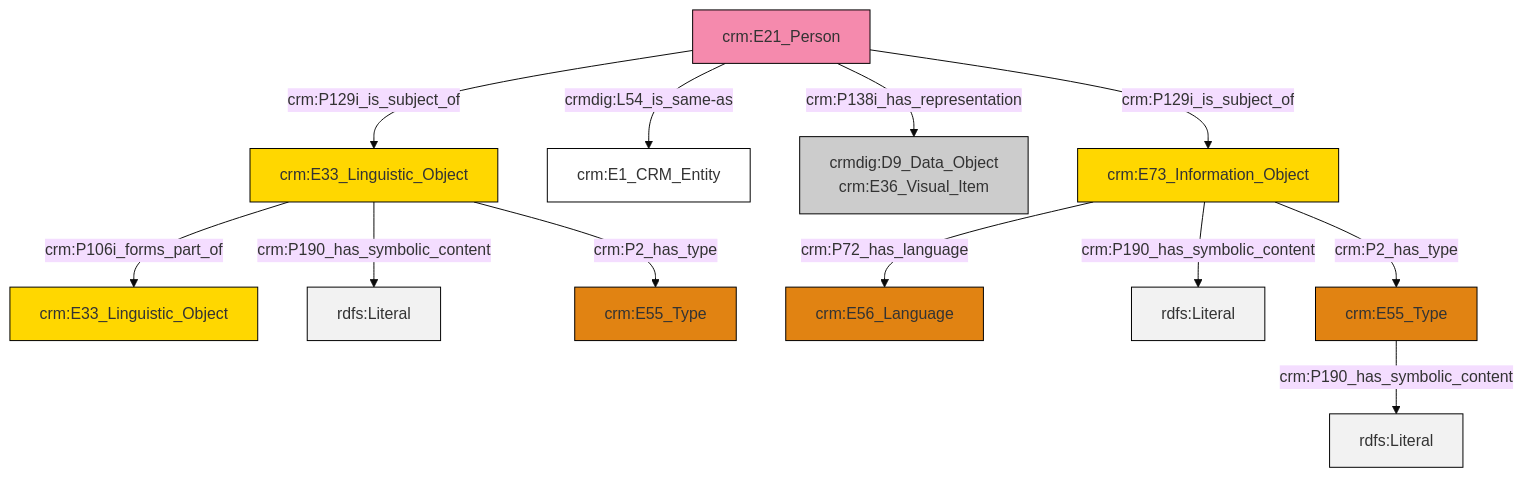
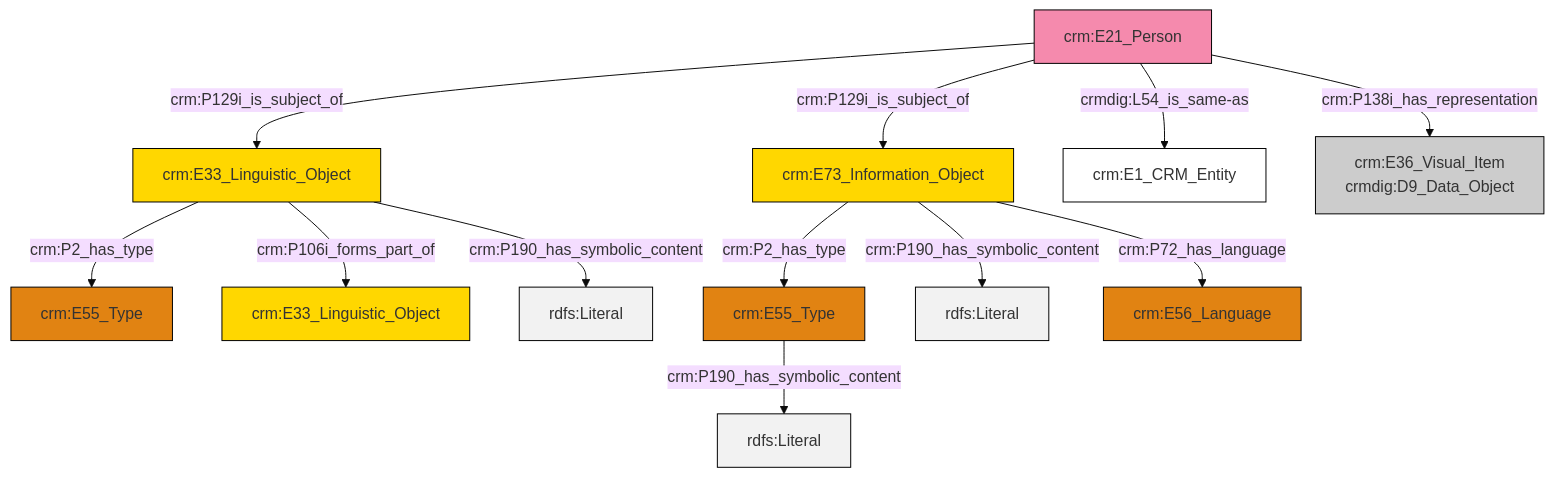
The diagram in et/personCSV/ttl/mmd/Person_Documentation.ttl.mmd (swiss-art-research-net/reference-data-models), drawn with Mermaid (base theme) before and after one commit. The commit also changed 121 other files, not shown here.

```diff
--- a/et/personCSV/ttl/mmd/Person_Documentation.ttl.mmd
+++ b/et/personCSV/ttl/mmd/Person_Documentation.ttl.mmd
@@ -1,26 +1,26 @@
 graph TD
 classDef Literal fill:#f2f2f2,stroke:#000000;
 classDef CRM_Entity fill:#FFFFFF,stroke:#000000;
 classDef Temporal_Entity fill:#00C9E6, stroke:#000000;
 classDef Type fill:#E18312, stroke:#000000;
 classDef Time-Span fill:#2C9C91, stroke:#000000;
 classDef Appellation fill:#FFEB7F, stroke:#000000;
 classDef Place fill:#008836, stroke:#000000;
 classDef Persistent_Item fill:#B266B2, stroke:#000000;
 classDef Conceptual_Object fill:#FFD700, stroke:#000000;
 classDef Physical_Thing fill:#D2B48C, stroke:#000000;
 classDef Actor fill:#f58aad, stroke:#000000;
 classDef PC_Classes fill:#4ce600, stroke:#000000;
 classDef Multi fill:#cccccc,stroke:#000000;
 
-0["crm:E21_Person"]:::Actor -->|crm:P129i_is_subject_of| 1["crm:E33_Linguistic_Object"]:::Conceptual_Object
-0["crm:E21_Person"]:::Actor -->|crmdig:L54_is_same-as| 3["crm:E1_CRM_Entity"]:::CRM_Entity
-0["crm:E21_Person"]:::Actor -->|crm:P138i_has_representation| 4["crmdig:D9_Data_Object<br>crm:E36_Visual_Item"]:::Multi
-1["crm:E33_Linguistic_Object"]:::Conceptual_Object -->|crm:P106i_forms_part_of| 7["crm:E33_Linguistic_Object"]:::Conceptual_Object
-8["crm:E73_Information_Object"]:::Conceptual_Object -->|crm:P72_has_language| 9["crm:E56_Language"]:::Type
-8["crm:E73_Information_Object"]:::Conceptual_Object -->|crm:P190_has_symbolic_content| 12[rdfs:Literal]:::Literal
-1["crm:E33_Linguistic_Object"]:::Conceptual_Object -->|crm:P190_has_symbolic_content| 16[rdfs:Literal]:::Literal
-0["crm:E21_Person"]:::Actor -->|crm:P129i_is_subject_of| 8["crm:E73_Information_Object"]:::Conceptual_Object
-8["crm:E73_Information_Object"]:::Conceptual_Object -->|crm:P2_has_type| 13["crm:E55_Type"]:::Type
-13["crm:E55_Type"]:::Type -->|crm:P190_has_symbolic_content| 22[rdfs:Literal]:::Literal
-1["crm:E33_Linguistic_Object"]:::Conceptual_Object -->|crm:P2_has_type| 5["crm:E55_Type"]:::Type
+0["crm:E21_Person"]:::Actor -->|crm:P129i_is_subject_of| 8["crm:E33_Linguistic_Object"]:::Conceptual_Object
+8["crm:E33_Linguistic_Object"]:::Conceptual_Object -->|crm:P2_has_type| 6["crm:E55_Type"]:::Type
+8["crm:E33_Linguistic_Object"]:::Conceptual_Object -->|crm:P106i_forms_part_of| 9["crm:E33_Linguistic_Object"]:::Conceptual_Object
+4["crm:E55_Type"]:::Type -->|crm:P190_has_symbolic_content| 13[rdfs:Literal]:::Literal
+2["crm:E73_Information_Object"]:::Conceptual_Object -->|crm:P2_has_type| 4["crm:E55_Type"]:::Type
+2["crm:E73_Information_Object"]:::Conceptual_Object -->|crm:P190_has_symbolic_content| 15[rdfs:Literal]:::Literal
+0["crm:E21_Person"]:::Actor -->|crm:P129i_is_subject_of| 2["crm:E73_Information_Object"]:::Conceptual_Object
+8["crm:E33_Linguistic_Object"]:::Conceptual_Object -->|crm:P190_has_symbolic_content| 18[rdfs:Literal]:::Literal
+0["crm:E21_Person"]:::Actor -->|crmdig:L54_is_same-as| 11["crm:E1_CRM_Entity"]:::CRM_Entity
+2["crm:E73_Information_Object"]:::Conceptual_Object -->|crm:P72_has_language| 20["crm:E56_Language"]:::Type
+0["crm:E21_Person"]:::Actor -->|crm:P138i_has_representation| 16["crm:E36_Visual_Item<br>crmdig:D9_Data_Object"]:::Multi
```
